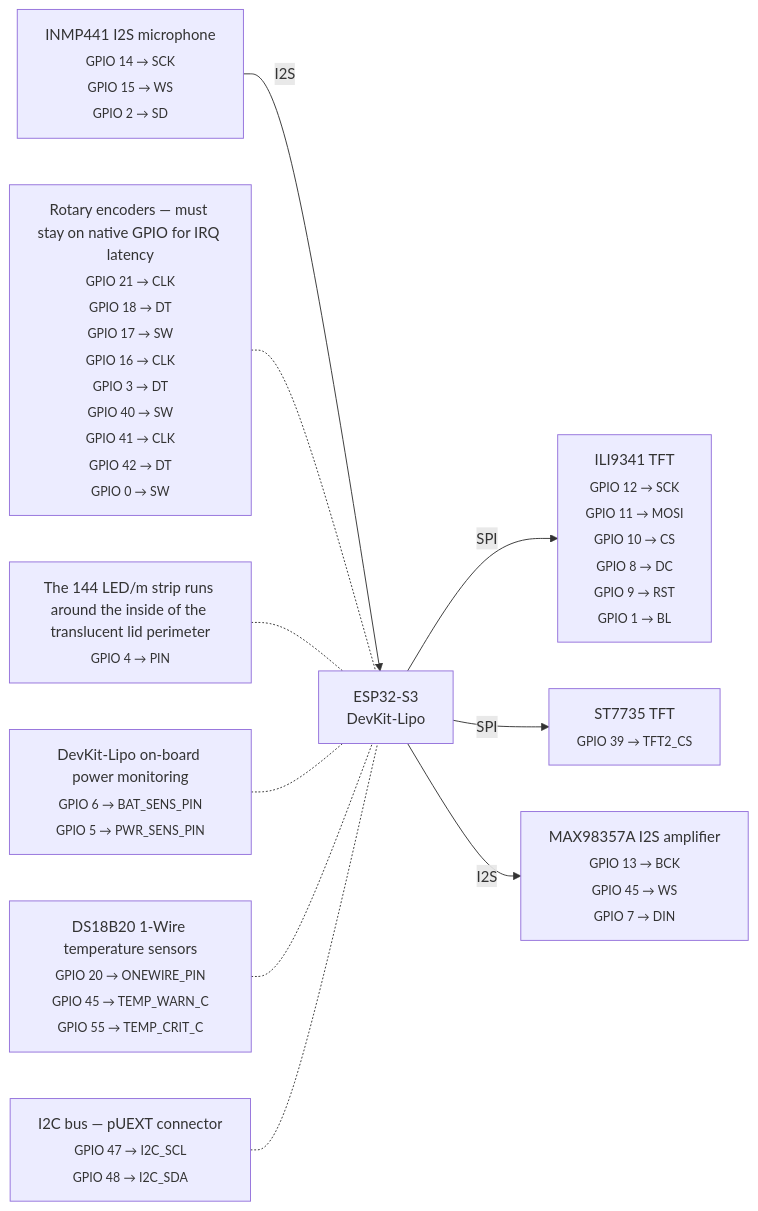
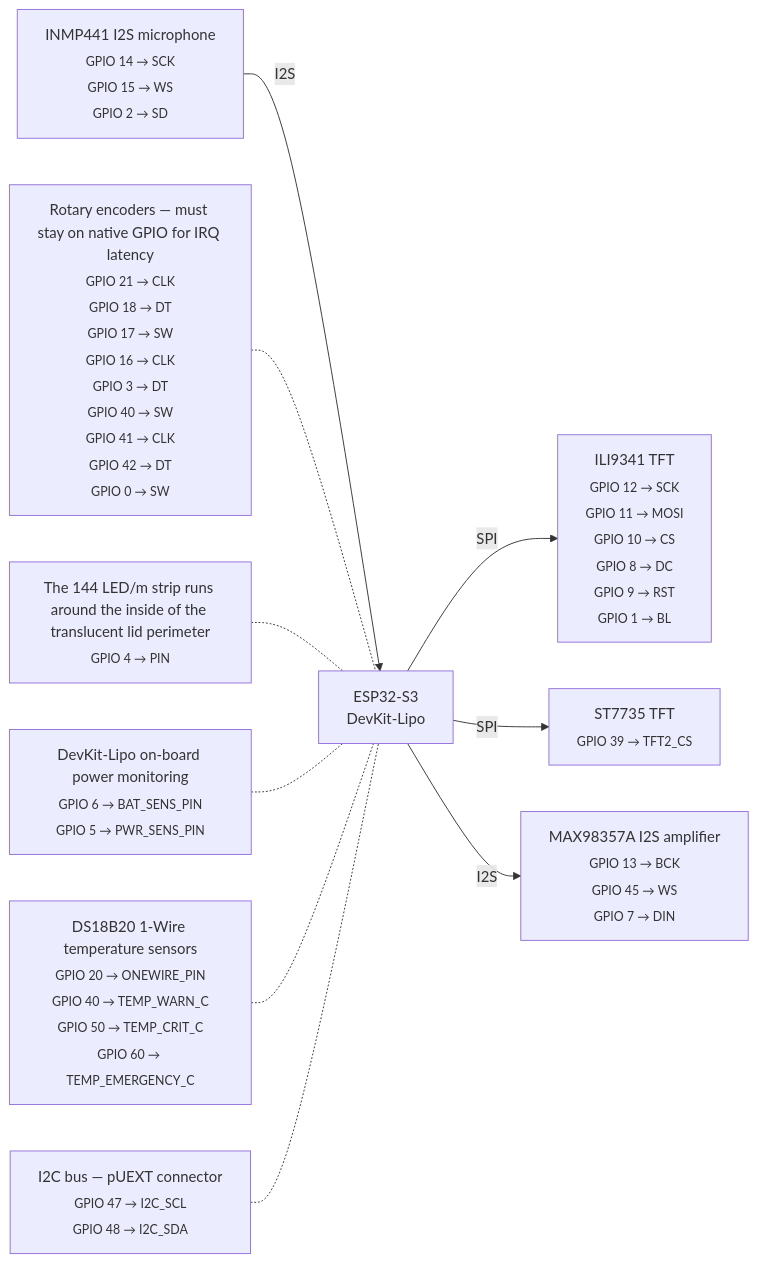
Before and after one commit to mandakan/bodn-esp32: the diagram in docs/wiring.md, drawn with Mermaid. The commit also changed other lines of this file and 11 other files, not shown here.

````diff
--- a/docs/wiring.md
+++ b/docs/wiring.md
@@ -8,32 +8,32 @@
 ```mermaid
 graph LR
     ESP["ESP32-S3<br/>DevKit-Lipo"]
 
     ILI9341TFT["ILI9341 TFT<br/><sub>GPIO 12 → SCK<br/>GPIO 11 → MOSI<br/>GPIO 10 → CS<br/>GPIO 8 → DC<br/>GPIO 9 → RST<br/>GPIO 1 → BL</sub>"]
     ESP -- SPI --> ILI9341TFT
 
     ST7735TFT["ST7735 TFT<br/><sub>GPIO 39 → TFT2_CS</sub>"]
     ESP -- SPI --> ST7735TFT
 
     INMP441I2Smicrophone["INMP441 I2S microphone<br/><sub>GPIO 14 → SCK<br/>GPIO 15 → WS<br/>GPIO 2 → SD</sub>"]
     INMP441I2Smicrophone -- I2S --> ESP
 
     MAX98357AI2Samplifier["MAX98357A I2S amplifier<br/><sub>GPIO 13 → BCK<br/>GPIO 45 → WS<br/>GPIO 7 → DIN</sub>"]
     ESP -- I2S --> MAX98357AI2Samplifier
 
     RotaryencodersmuststayonnativeGPIOforIRQlatency["Rotary encoders — must stay on native GPIO for IRQ latency<br/><sub>GPIO 21 → CLK<br/>GPIO 18 → DT<br/>GPIO 17 → SW<br/>GPIO 16 → CLK<br/>GPIO 3 → DT<br/>GPIO 40 → SW<br/>GPIO 41 → CLK<br/>GPIO 42 → DT<br/>GPIO 0 → SW</sub>"]
     RotaryencodersmuststayonnativeGPIOforIRQlatency -.- ESP
 
     The144LEDmstriprunsaroundtheinsideofthetranslucentlidperimeter["The 144 LED/m strip runs around the inside of the translucent lid perimeter<br/><sub>GPIO 4 → PIN</sub>"]
     The144LEDmstriprunsaroundtheinsideofthetranslucentlidperimeter -.- ESP
 
     DevKitLipoonboardpowermonitoring["DevKit-Lipo on-board power monitoring<br/><sub>GPIO 6 → BAT_SENS_PIN<br/>GPIO 5 → PWR_SENS_PIN</sub>"]
     DevKitLipoonboardpowermonitoring -.- ESP
 
-    DS18B201Wiretemperaturesensors["DS18B20 1-Wire temperature sensors<br/><sub>GPIO 20 → ONEWIRE_PIN<br/>GPIO 45 → TEMP_WARN_C<br/>GPIO 55 → TEMP_CRIT_C</sub>"]
+    DS18B201Wiretemperaturesensors["DS18B20 1-Wire temperature sensors<br/><sub>GPIO 20 → ONEWIRE_PIN<br/>GPIO 40 → TEMP_WARN_C<br/>GPIO 50 → TEMP_CRIT_C<br/>GPIO 60 → TEMP_EMERGENCY_C</sub>"]
     DS18B201Wiretemperaturesensors -.- ESP
 
     I2CbuspUEXTconnector["I2C bus — pUEXT connector<br/><sub>GPIO 47 → I2C_SCL<br/>GPIO 48 → I2C_SDA</sub>"]
     I2CbuspUEXTconnector -.- ESP
 
 ```
````
